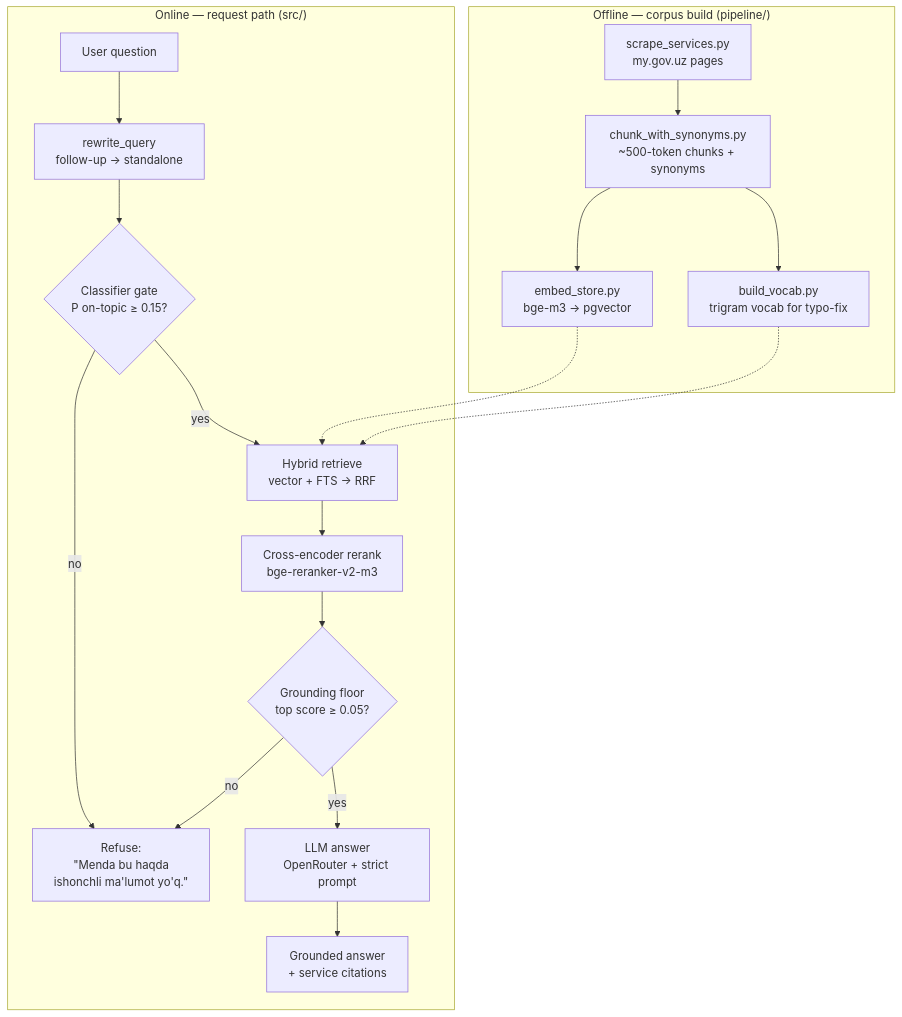
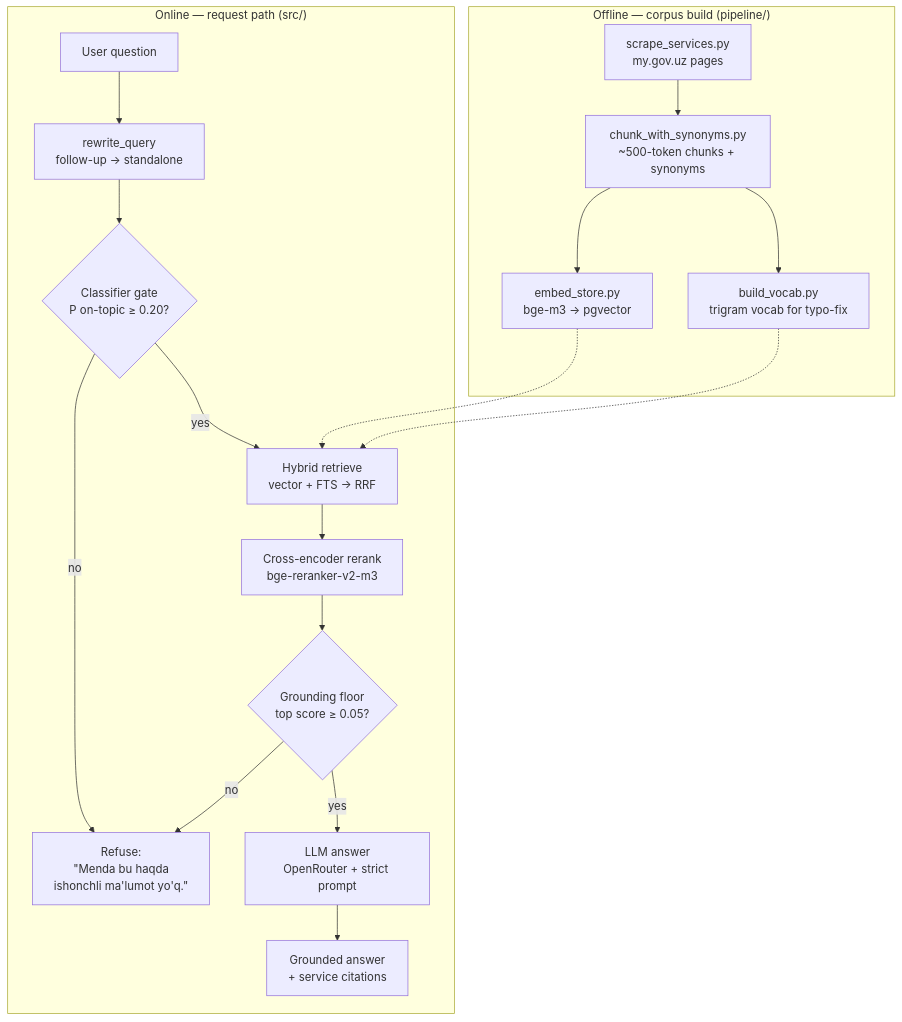
Before and after one commit to muhammadmurodov/my-gov-chatbot: the diagram in README.md, drawn with Mermaid. The commit also changed other lines of this file and 7 other files, not shown here.

````diff
--- a/README.md
+++ b/README.md
@@ -41,23 +77,23 @@
 ```mermaid
 flowchart TD
     subgraph build["Offline — corpus build (pipeline/)"]
         S[scrape_services.py<br/>my.gov.uz pages] --> C[chunk_with_synonyms.py<br/>~500-token chunks + synonyms]
         C --> E[embed_store.py<br/>bge-m3 → pgvector]
         C --> V[build_vocab.py<br/>trigram vocab for typo-fix]
     end
 
     subgraph serve["Online — request path (src/)"]
         Q[User question] --> RW[rewrite_query<br/>follow-up → standalone]
-        RW --> G1{Classifier gate<br/>P on-topic ≥ 0.15?}
+        RW --> G1{Classifier gate<br/>P on-topic ≥ 0.20?}
         G1 -- no --> R[Refuse:<br/>&quot;Menda bu haqda<br/>ishonchli ma'lumot yo'q.&quot;]
         G1 -- yes --> H[Hybrid retrieve<br/>vector + FTS → RRF]
         H --> RR[Cross-encoder rerank<br/>bge-reranker-v2-m3]
         RR --> G2{Grounding floor<br/>top score ≥ 0.05?}
         G2 -- no --> R
         G2 -- yes --> L[LLM answer<br/>OpenRouter + strict prompt]
         L --> A[Grounded answer<br/>+ service citations]
     end
 
     E -.-> H
     V -.-> H
 ```
````
